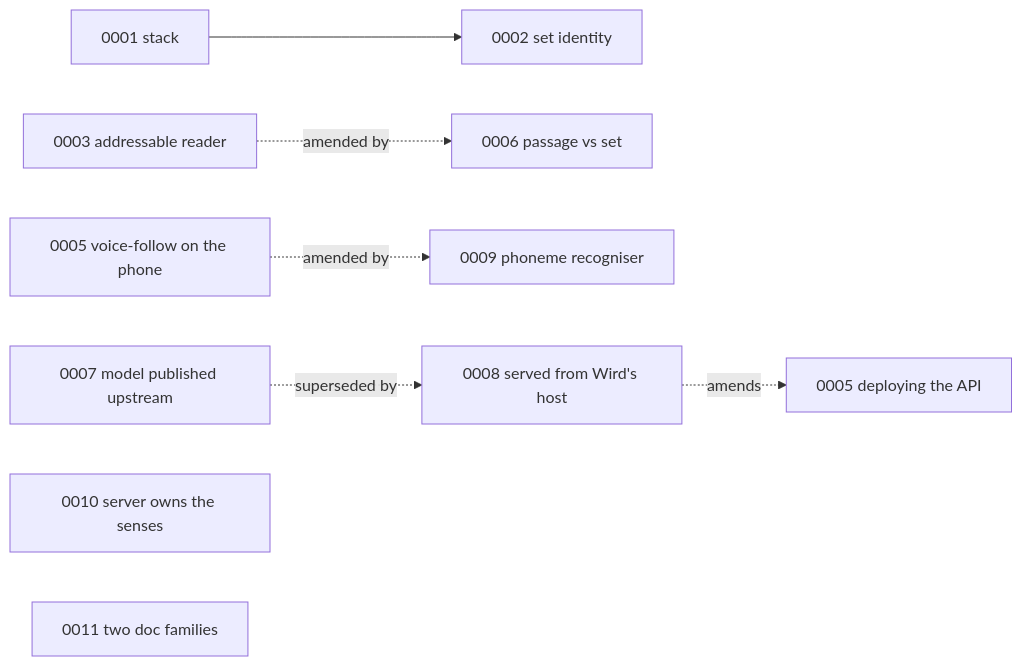
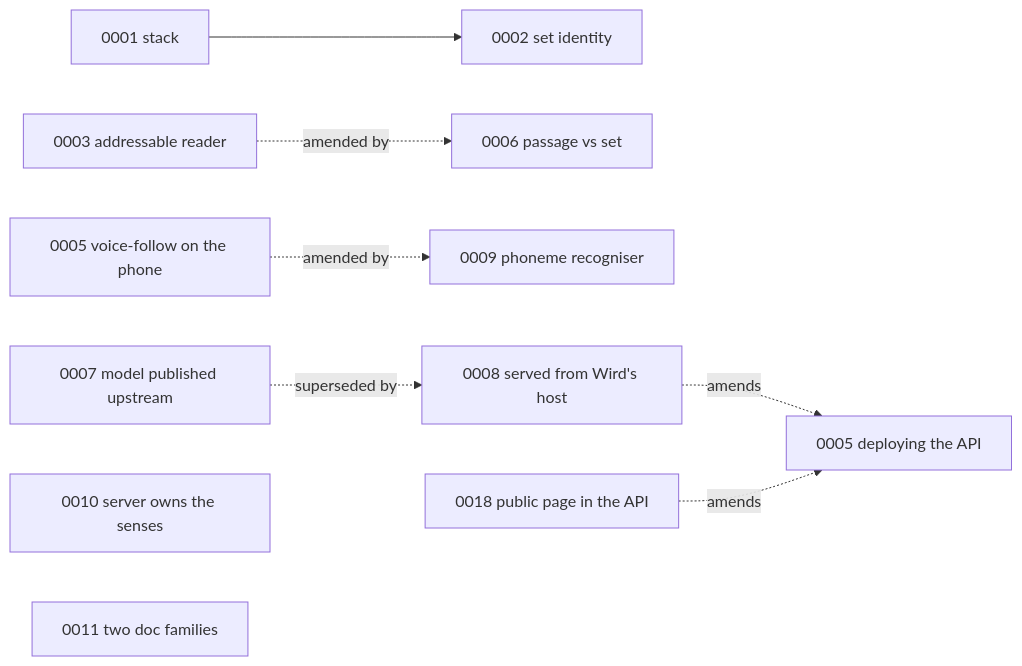
The diagram in docs/adr/README.md (MohammadBnei/wird), drawn with Mermaid before and after one commit. The commit also changed other lines of this file and 26 other files, not shown here.

First line of the commit message:
Serve the public page at wird.bnei.dev from wird-api

````diff
--- a/docs/adr/README.md
+++ b/docs/adr/README.md
@@ -7,10 +7,11 @@
 ```mermaid
 flowchart LR
   A1[0001 stack] --> A2[0002 set identity]
   A3[0003 addressable reader] -. amended by .-> A6[0006 passage vs set]
   A5v[0005 voice-follow on the phone] -. amended by .-> A9[0009 phoneme recogniser]
   A7[0007 model published upstream] -. superseded by .-> A8[0008 served from Wird's host]
   A8 -. amends .-> A5d[0005 deploying the API]
   A10[0010 server owns the senses]
   A11[0011 two doc families]
+  A18[0018 public page in the API] -. amends .-> A5d
 ```
````
